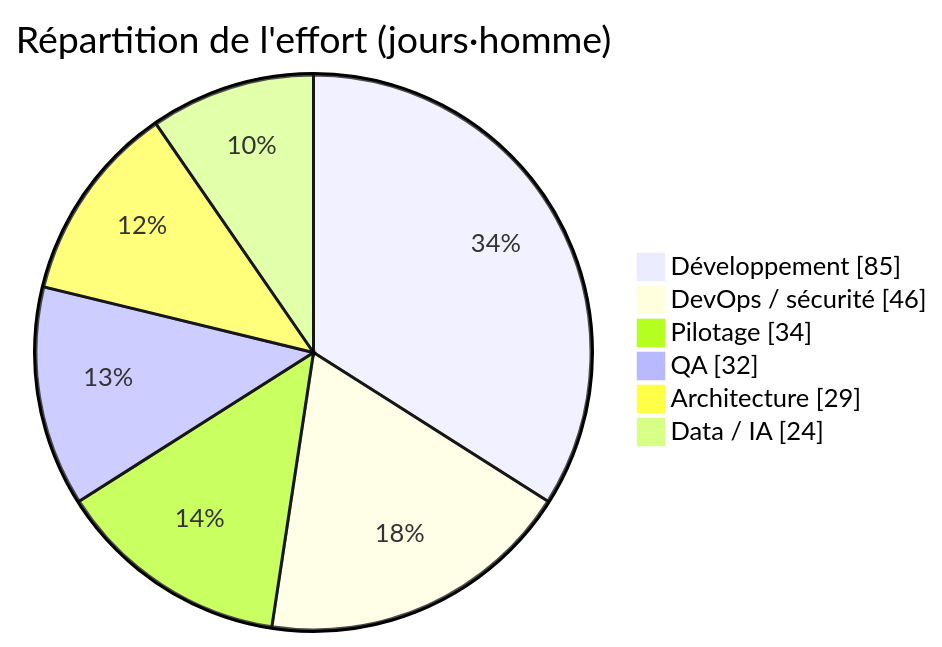
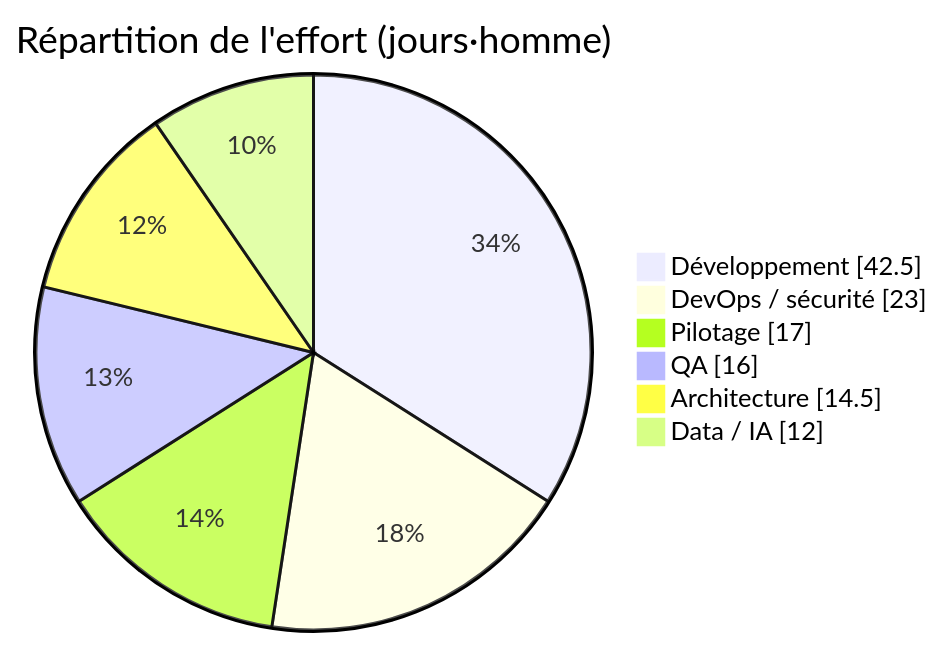
The third of 3 diagrams in docs/dossier-projet.md (frkim/Transcrib-S2T), drawn with Mermaid before and after one commit. The commit also changed other lines of this file and 2 other files, not shown here.

````diff
--- a/docs/dossier-projet.md
+++ b/docs/dossier-projet.md
@@ -281,10 +280,10 @@
 ```mermaid
 pie showData
     title Répartition de l'effort (jours·homme)
-    "Développement" : 85
-    "DevOps / sécurité" : 46
-    "Pilotage" : 34
-    "QA" : 32
-    "Architecture" : 29
-    "Data / IA" : 24
+    "Développement" : 42.5
+    "DevOps / sécurité" : 23
+    "Pilotage" : 17
+    "QA" : 16
+    "Architecture" : 14.5
+    "Data / IA" : 12
 ```
````
